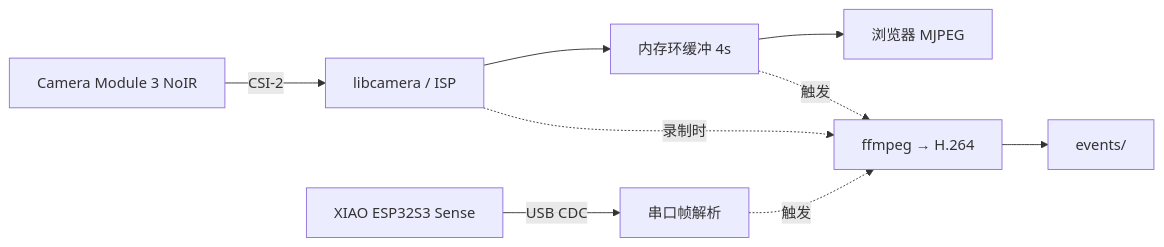
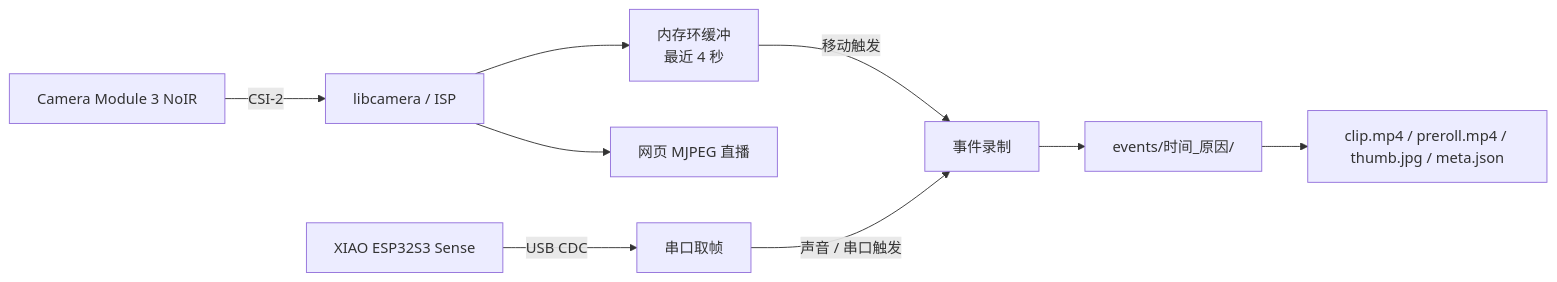
The diagram in README.md (LHRRRRRRRRRRR/Raspberry_Camera_Lookout), drawn with Mermaid before and after one commit. The commit also changed other lines of this file, not shown here.

````diff
--- a/README.md
+++ b/README.md
@@ -25,11 +36,13 @@
 ```mermaid
 flowchart LR
     CAM["Camera Module 3 NoIR"] -->|CSI-2| ISP["libcamera / ISP"]
-    ESP["XIAO ESP32S3 Sense"] -->|USB CDC| SER["串口帧解析"]
-    ISP --> RING["内存环缓冲 4s"]
-    ISP -.录制时.-> REC["ffmpeg → H.264"]
-    RING --> WEB["浏览器 MJPEG"]
-    RING -.触发.-> REC
-    SER -.触发.-> REC
-    REC --> OUT["events/"]
+    ESP["XIAO ESP32S3 Sense"] -->|USB CDC| SER["串口取帧"]
+
+    ISP --> RING["内存环缓冲<br/>最近 4 秒"]
+    ISP --> WEB["网页 MJPEG 直播"]
+    RING -->|移动触发| REC["事件录制"]
+    SER -->|声音 / 串口触发| REC
+
+    REC --> OUT["events/时间_原因/"]
+    OUT --> META["clip.mp4 / preroll.mp4 / thumb.jpg / meta.json"]
 ```
````
